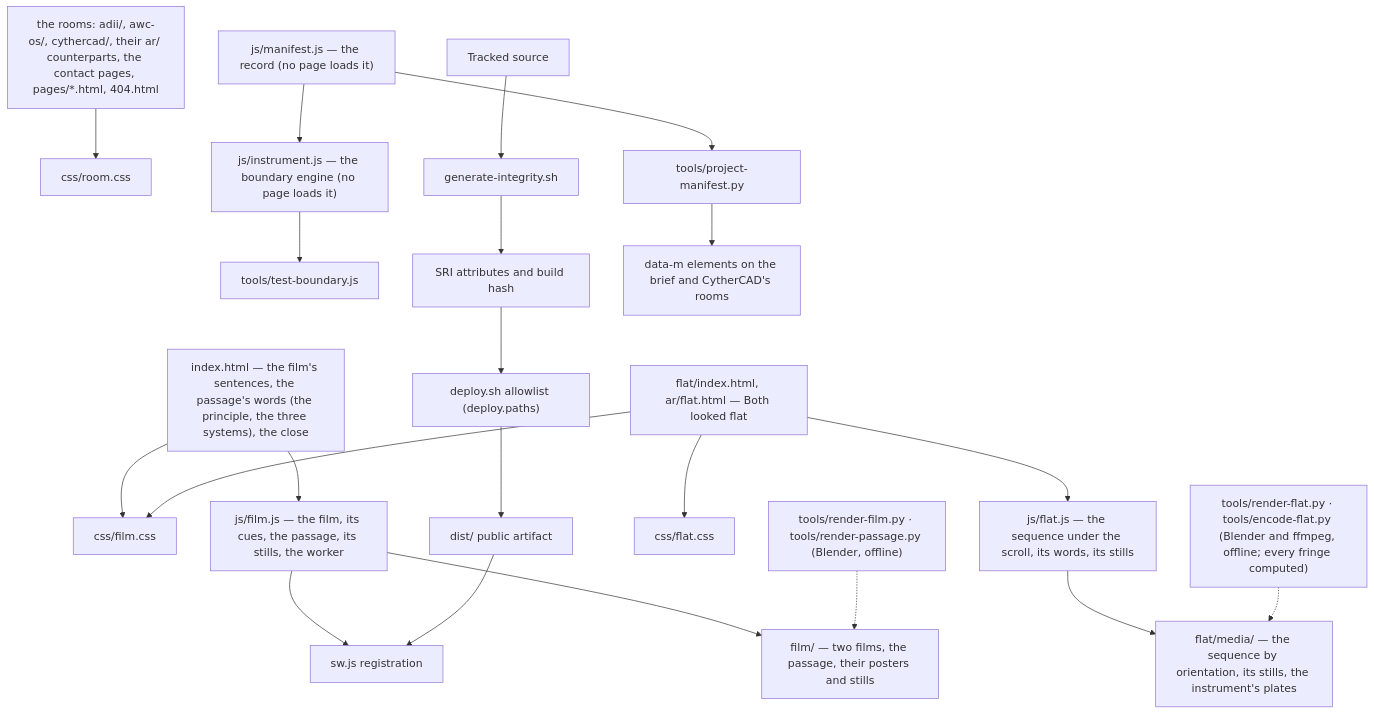
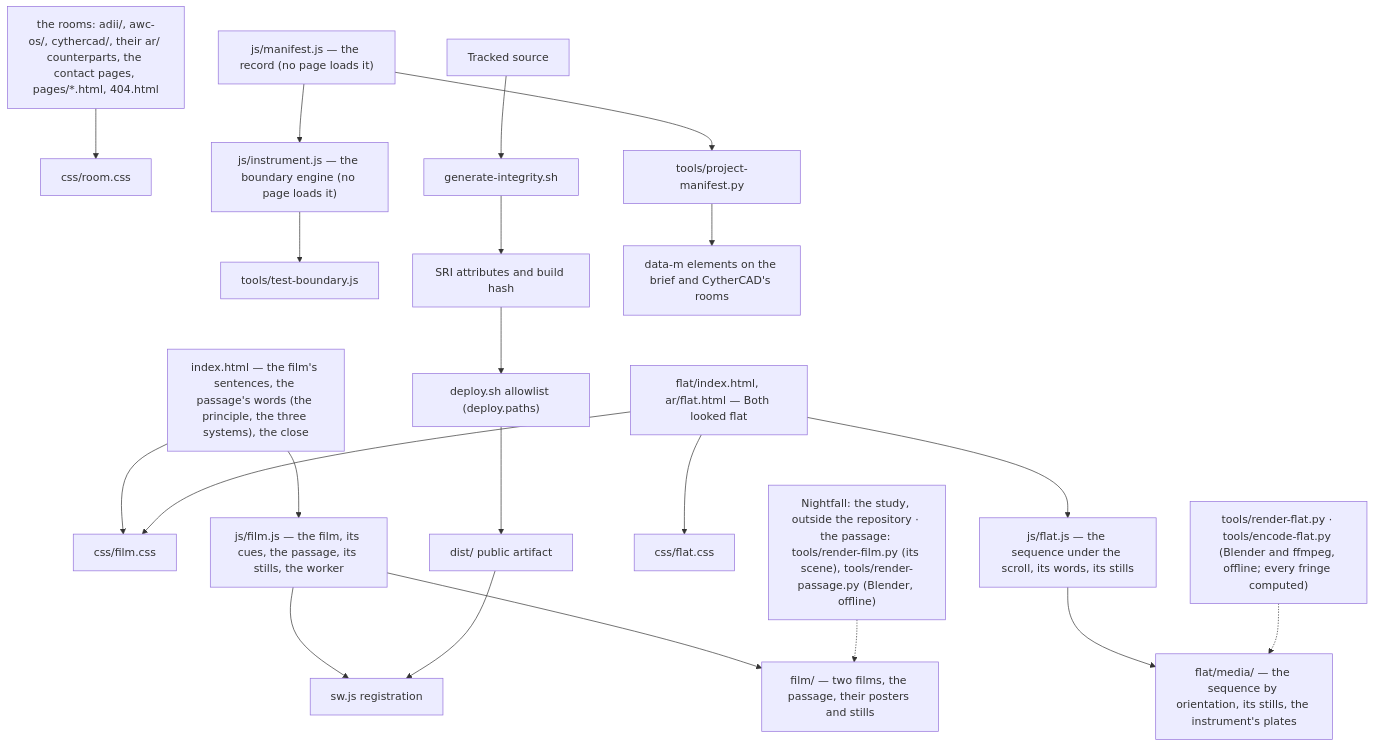
Before and after one commit to AethersDev/CytherAI: the diagram in docs/architecture.md, drawn with Mermaid. The commit also changed other lines of this file and 19 other files, not shown here.

````diff
--- a/docs/architecture.md
+++ b/docs/architecture.md
@@ -22,27 +23,27 @@
 ```mermaid
 flowchart TD
   I["index.html — the film's sentences, the passage's words (the principle, the three systems), the close"] --> CSS2["css/film.css"]
   I --> F["js/film.js — the film, its cues, the passage, its stills, the worker"]
   F --> MED["film/ — two films, the passage, their posters and stills"]
   F --> SW["sw.js registration"]
-  RF["tools/render-film.py · tools/render-passage.py (Blender, offline)"] -.-> MED
+  RF["Nightfall: the study, outside the repository · the passage: tools/render-film.py (its scene), tools/render-passage.py (Blender, offline)"] -.-> MED
 
   RM["the rooms: adii/, awc-os/, cythercad/, their ar/ counterparts, the contact pages, pages/*.html, 404.html"] --> ROOM["css/room.css"]
 
   FN["flat/index.html, ar/flat.html — Both looked flat"] --> CSS2
   FN --> ECSS["css/flat.css"]
   FN --> EJS["js/flat.js — the sequence under the scroll, its words, its stills"]
   EJS --> EMED["flat/media/ — the sequence by orientation, its stills, the instrument's plates"]
   RE["tools/render-flat.py · tools/encode-flat.py (Blender and ffmpeg, offline; every fringe computed)"] -.-> EMED
 
   M["js/manifest.js — the record (no page loads it)"] --> B["js/instrument.js — the boundary engine (no page loads it)"]
   B --> TB["tools/test-boundary.js"]
 
   SRC["Tracked source"] --> SRI["generate-integrity.sh"]
   SRI --> ID["SRI attributes and build hash"]
   ID --> DEP["deploy.sh allowlist (deploy.paths)"]
   DEP --> DIST["dist/ public artifact"]
   DIST --> SW
 
   M --> PM["tools/project-manifest.py"] --> DM["data-m elements on the brief and CytherCAD's rooms"]
 ```
````
